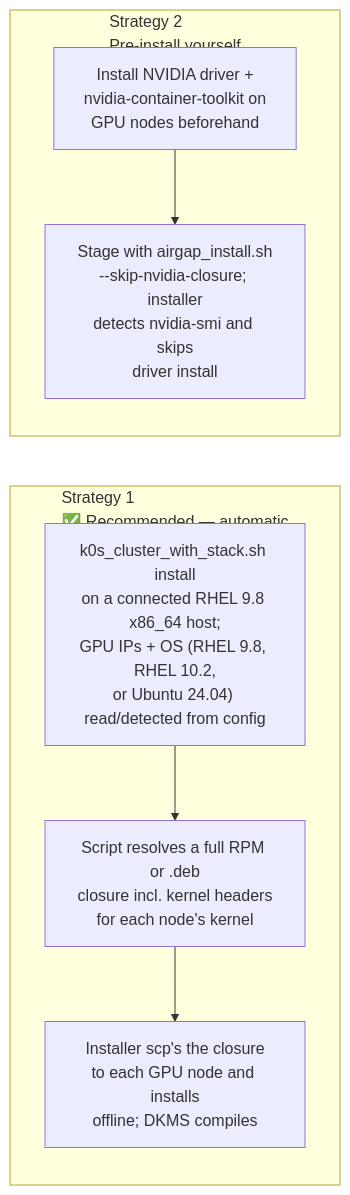
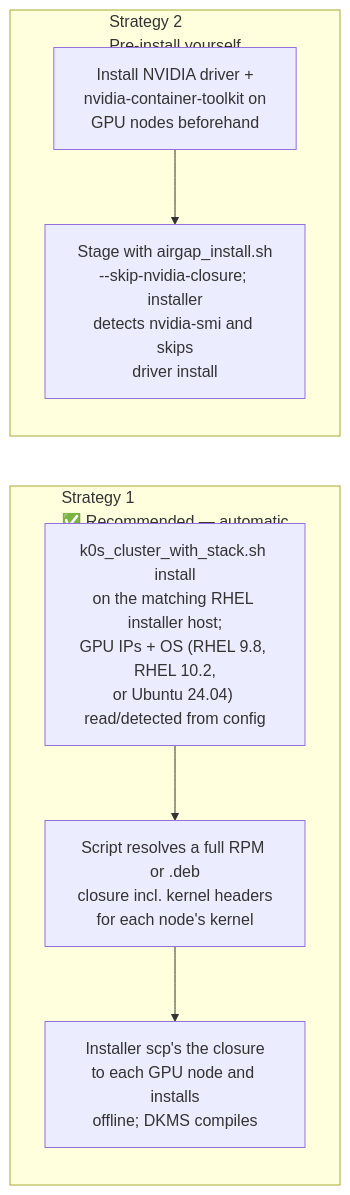
The tenth of 11 diagrams in tools/cluster_setup/DEPLOYMENT_GUIDE.md (splunk/splunk-ai-operator), drawn with Mermaid before and after one commit. The commit also changed other lines of this file and 5 other files, not shown here.

````diff
--- a/tools/cluster_setup/DEPLOYMENT_GUIDE.md
+++ b/tools/cluster_setup/DEPLOYMENT_GUIDE.md
@@ -868,15 +884,15 @@
 ```mermaid
 flowchart LR
     subgraph S1["Strategy 1\n✅ Recommended — automatic"]
-        S1A["k0s_cluster_with_stack.sh install\non a connected RHEL 9.8 x86_64 host;\nGPU IPs + OS (RHEL 9.8, RHEL 10.2,\nor Ubuntu 24.04) read/detected from config"]
+        S1A["k0s_cluster_with_stack.sh install\non the matching RHEL installer host;\nGPU IPs + OS (RHEL 9.8, RHEL 10.2,\nor Ubuntu 24.04) read/detected from config"]
         S1B["Script resolves a full RPM or .deb\nclosure incl. kernel headers\nfor each node's kernel"]
         S1C["Installer scp's the closure\nto each GPU node and installs\noffline; DKMS compiles"]
         S1A --> S1B --> S1C
     end
 
     subgraph S2["Strategy 2\nPre-install yourself"]
         S2A["Install NVIDIA driver +\nnvidia-container-toolkit on\nGPU nodes beforehand"]
         S2B["Stage with airgap_install.sh\n--skip-nvidia-closure; installer\ndetects nvidia-smi and skips\ndriver install"]
         S2A --> S2B
     end
 ```
````
